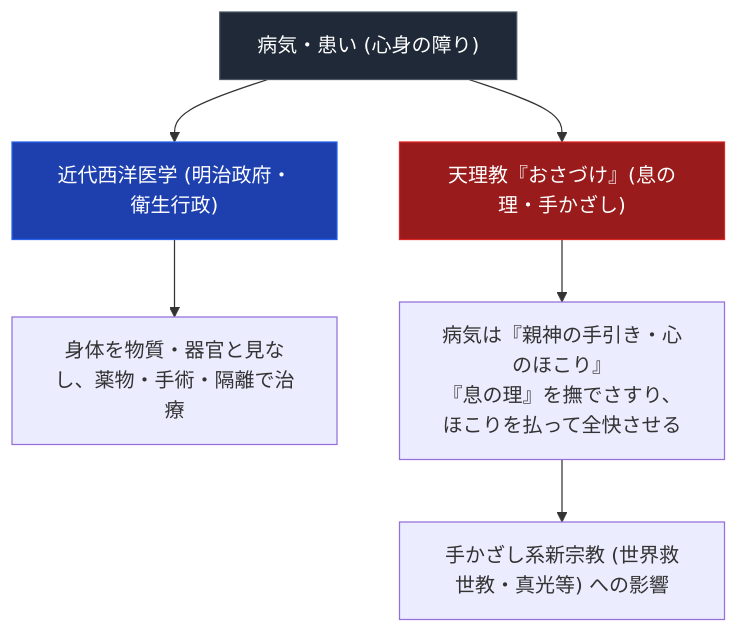
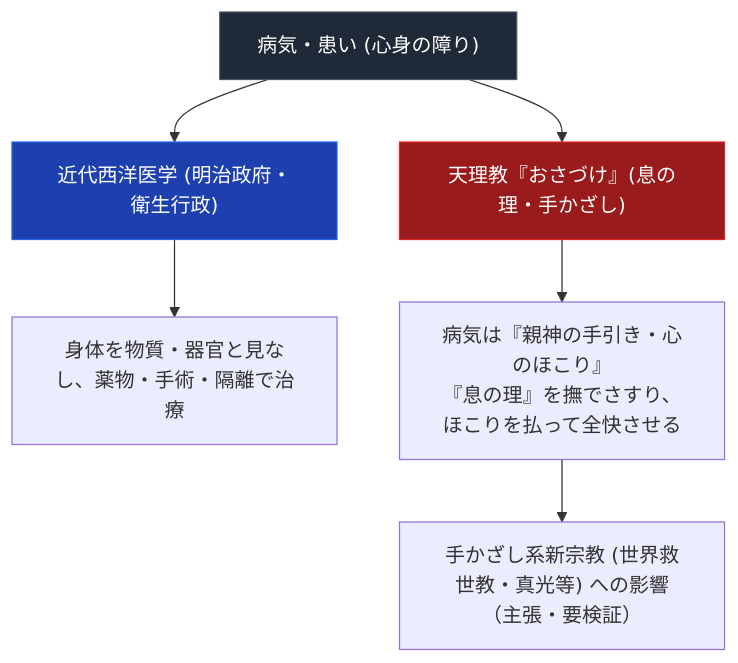
One commit to iida-masashi/religion-garden changed the diagram in content/01_宗派・異端研究/10_概念・原典・事件・拠点/天理教のおたすけ・おさづけと近代病気救済史.md. Above: the diagram before and after it, drawn with Mermaid. The commit also changed other lines of this file and 251 other files, not shown here.

````diff
--- a/content/01_宗派・異端研究/10_概念・原典・事件・拠点/天理教のおたすけ・おさづけと近代病気救済史.md
+++ b/content/01_宗派・異端研究/10_概念・原典・事件・拠点/天理教のおたすけ・おさづけと近代病気救済史.md
@@ -23,14 +23,14 @@
 ```mermaid
 graph TD
     A["<div style='color:#ffffff;'>病気・患い (心身の障り)</div>"] --> B1["<div style='color:#ffffff;'>近代西洋医学 (明治政府・衛生行政)</div>"]
     A --> B2["<div style='color:#ffffff;'>天理教『おさづけ』(息の理・手かざし)</div>"]
     
     B1 --> C1["身体を物質・器官と見なし、薬物・手術・隔離で治療"]
     B2 --> C2["病気は『親神の手引き・心のほこり』<br>『息の理』を撫でさすり、ほこりを払って全快させる"]
     
-    C2 --> D["手かざし系新宗教 (世界救世教・真光等) への影響"]
+    C2 --> D["手かざし系新宗教 (世界救世教・真光等) への影響（主張・要検証）"]
     
     style A fill:#1f2937,stroke:#4b5563,color:#fff
     style B1 fill:#1e40af,stroke:#2563eb,color:#fff
     style B2 fill:#991b1b,stroke:#dc2626,color:#fff
 ```
````
